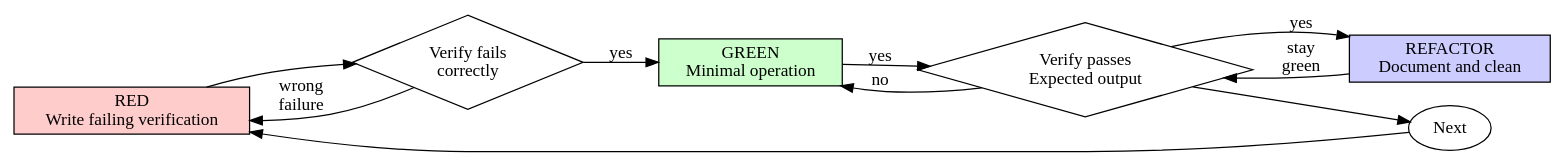
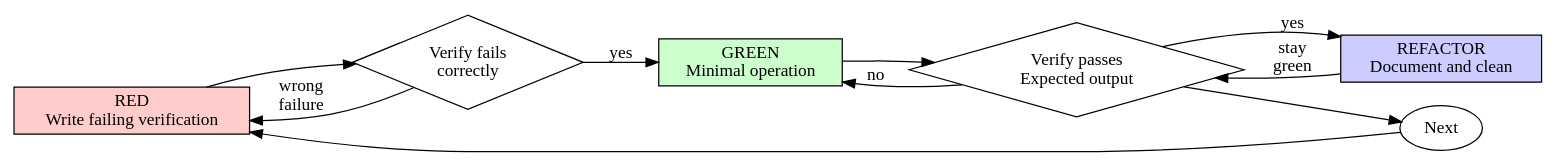
One commit to yg-codes/srepowers changed the diagram in skills/test-driven-operation/SKILL.md. Above: the diagram before and after it, drawn with Graphviz. The commit also changed other lines of this file, not shown here.

````diff
--- a/skills/test-driven-operation/SKILL.md
+++ b/skills/test-driven-operation/SKILL.md
@@ -52,21 +51,21 @@
 ```dot
 digraph tdo_cycle {
     rankdir=LR;
     red [label="RED\nWrite failing verification", shape=box, style=filled, fillcolor="#ffcccc"];
     verify_red [label="Verify fails\ncorrectly", shape=diamond];
     green [label="GREEN\nMinimal operation", shape=box, style=filled, fillcolor="#ccffcc"];
     verify_green [label="Verify passes\nExpected output", shape=diamond];
     refactor [label="REFACTOR\nDocument and clean", shape=box, style=filled, fillcolor="#ccccff"];
     next [label="Next", shape=ellipse];
 
     red -> verify_red;
     verify_red -> green [label="yes"];
     verify_red -> red [label="wrong\nfailure"];
-    green -> verify_green [label="yes"];
+    green -> verify_green;
     verify_green -> refactor [label="yes"];
     verify_green -> green [label="no"];
     refactor -> verify_green [label="stay\ngreen"];
     verify_green -> next;
     next -> red;
 }
 ```
````
